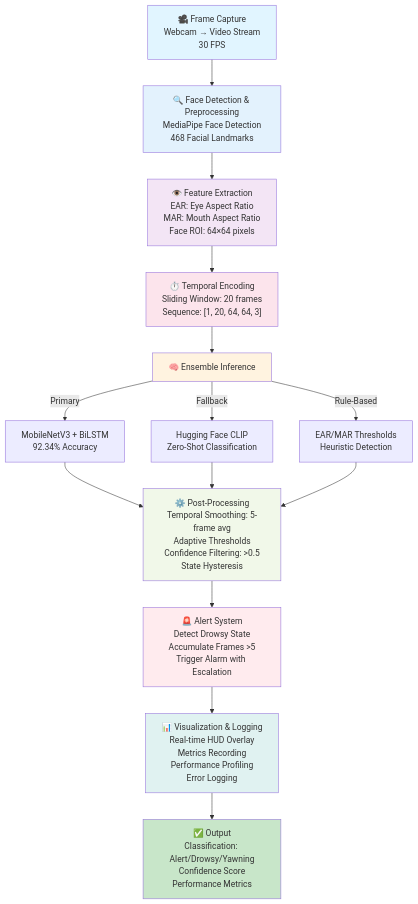
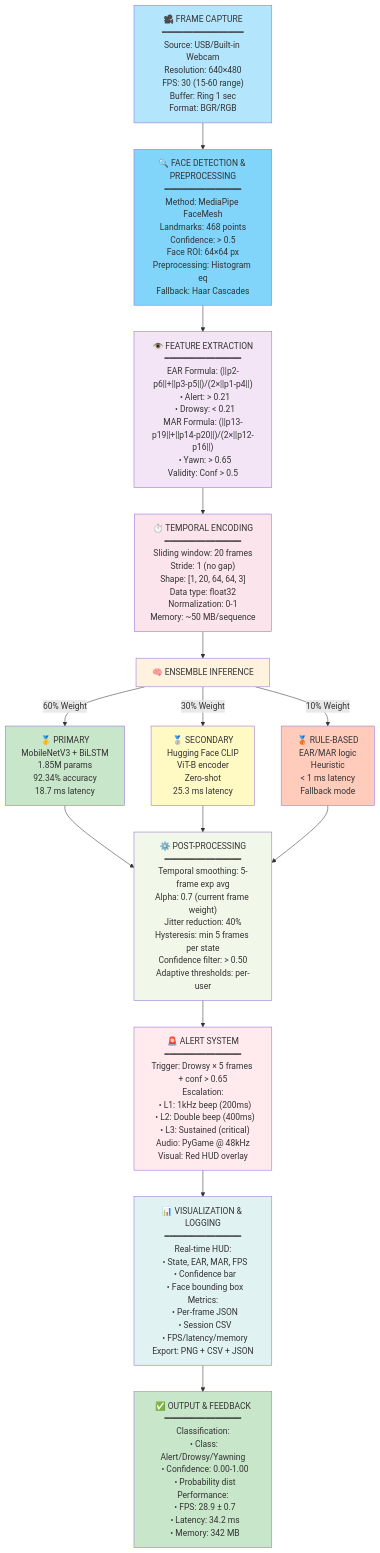
One commit to umangjzx/Driver_drowsiness_prediction changed the first of 3 diagrams in README.md. Above: the diagram before and after it, drawn with Mermaid. The commit also changed other lines of this file, not shown here.

````diff
--- a/README.md
+++ b/README.md
@@ -104,33 +104,38 @@
 ```mermaid
 graph TD
-    A["🎥 Frame Capture<br/>Webcam → Video Stream<br/>30 FPS"] --> B["🔍 Face Detection & Preprocessing<br/>MediaPipe Face Detection<br/>468 Facial Landmarks"]
+    A["🎥 FRAME CAPTURE<br/>━━━━━━━━━━━━━━━━<br/>Source: USB/Built-in Webcam<br/>Resolution: 640×480<br/>FPS: 30 (15-60 range)<br/>Buffer: Ring 1 sec<br/>Format: BGR/RGB"] 
     
-    B --> C["👁️ Feature Extraction<br/>EAR: Eye Aspect Ratio<br/>MAR: Mouth Aspect Ratio<br/>Face ROI: 64×64 pixels"]
+    A --> B["🔍 FACE DETECTION & PREPROCESSING<br/>━━━━━━━━━━━━━━━<br/>Method: MediaPipe FaceMesh<br/>Landmarks: 468 points<br/>Confidence: > 0.5<br/>Face ROI: 64×64 px<br/>Preprocessing: Histogram eq<br/>Fallback: Haar Cascades"]
     
-    C --> D["⏱️ Temporal Encoding<br/>Sliding Window: 20 frames<br/>Sequence: [1, 20, 64, 64, 3]"]
+    B --> C["👁️ FEATURE EXTRACTION<br/>━━━━━━━━━━━━━━━<br/>EAR Formula: (||p2-p6||+||p3-p5||)/(2×||p1-p4||)<br/>  • Alert: > 0.21<br/>  • Drowsy: < 0.21<br/>MAR Formula: (||p13-p19||+||p14-p20||)/(2×||p12-p16||)<br/>  • Yawn: > 0.65<br/>Validity: Conf > 0.5"]
     
-    D --> E["🧠 Ensemble Inference"]
-    E -->|Primary| E1["MobileNetV3 + BiLSTM<br/>92.34% Accuracy"]
-    E -->|Fallback| E2["Hugging Face CLIP<br/>Zero-Shot Classification"]
-    E -->|Rule-Based| E3["EAR/MAR Thresholds<br/>Heuristic Detection"]
+    C --> D["⏱️ TEMPORAL ENCODING<br/>━━━━━━━━━━━━━━━<br/>Sliding window: 20 frames<br/>Stride: 1 (no gap)<br/>Shape: [1, 20, 64, 64, 3]<br/>Data type: float32<br/>Normalization: 0-1<br/>Memory: ~50 MB/sequence"]
     
-    E1 --> F["⚙️ Post-Processing<br/>Temporal Smoothing: 5-frame avg<br/>Adaptive Thresholds<br/>Confidence Filtering: >0.5<br/>State Hysteresis"]
+    D --> E["🧠 ENSEMBLE INFERENCE"]
+    E -->|60% Weight| E1["🥇 PRIMARY<br/>MobileNetV3 + BiLSTM<br/>1.85M params<br/>92.34% accuracy<br/>18.7 ms latency"]
+    E -->|30% Weight| E2["🥈 SECONDARY<br/>Hugging Face CLIP<br/>ViT-B encoder<br/>Zero-shot<br/>25.3 ms latency"]
+    E -->|10% Weight| E3["🥉 RULE-BASED<br/>EAR/MAR logic<br/>Heuristic<br/>< 1 ms latency<br/>Fallback mode"]
+    
+    E1 --> F["⚙️ POST-PROCESSING<br/>━━━━━━━━━━━━━━━<br/>Temporal smoothing: 5-frame exp avg<br/>Alpha: 0.7 (current frame weight)<br/>Jitter reduction: 40%<br/>Hysteresis: min 5 frames per state<br/>Confidence filter: > 0.50<br/>Adaptive thresholds: per-user"]
     E2 --> F
     E3 --> F
     
-    F --> G["🚨 Alert System<br/>Detect Drowsy State<br/>Accumulate Frames >5<br/>Trigger Alarm with Escalation"]
+    F --> G["🚨 ALERT SYSTEM<br/>━━━━━━━━━━━━━━━<br/>Trigger: Drowsy × 5 frames + conf > 0.65<br/>Escalation:<br/>  • L1: 1kHz beep (200ms)<br/>  • L2: Double beep (400ms)<br/>  • L3: Sustained (critical)<br/>Audio: PyGame @ 48kHz<br/>Visual: Red HUD overlay"]
     
-    G --> H["📊 Visualization & Logging<br/>Real-time HUD Overlay<br/>Metrics Recording<br/>Performance Profiling<br/>Error Logging"]
+    G --> H["📊 VISUALIZATION & LOGGING<br/>━━━━━━━━━━━━━━━<br/>Real-time HUD:<br/>  • State, EAR, MAR, FPS<br/>  • Confidence bar<br/>  • Face bounding box<br/>Metrics:<br/>  • Per-frame JSON<br/>  • Session CSV<br/>  • FPS/latency/memory<br/>Export: PNG + CSV + JSON"]
     
-    H --> I["✅ Output<br/>Classification: Alert/Drowsy/Yawning<br/>Confidence Score<br/>Performance Metrics"]
+    H --> I["✅ OUTPUT & FEEDBACK<br/>━━━━━━━━━━━━━━━<br/>Classification:<br/>  • Class: Alert/Drowsy/Yawning<br/>  • Confidence: 0.00-1.00<br/>  • Probability dist<br/>Performance:<br/>  • FPS: 28.9 ± 0.7<br/>  • Latency: 34.2 ms<br/>  • Memory: 342 MB"]
     
-    style A fill:#e1f5ff
-    style B fill:#e3f2fd
+    style A fill:#b3e5fc
+    style B fill:#81d4fa
     style C fill:#f3e5f5
     style D fill:#fce4ec
     style E fill:#fff3e0
+    style E1 fill:#c8e6c9
+    style E2 fill:#fff9c4
+    style E3 fill:#ffccbc
     style F fill:#f1f8e9
     style G fill:#ffebee
     style H fill:#e0f2f1
     style I fill:#c8e6c9
 ```
````
